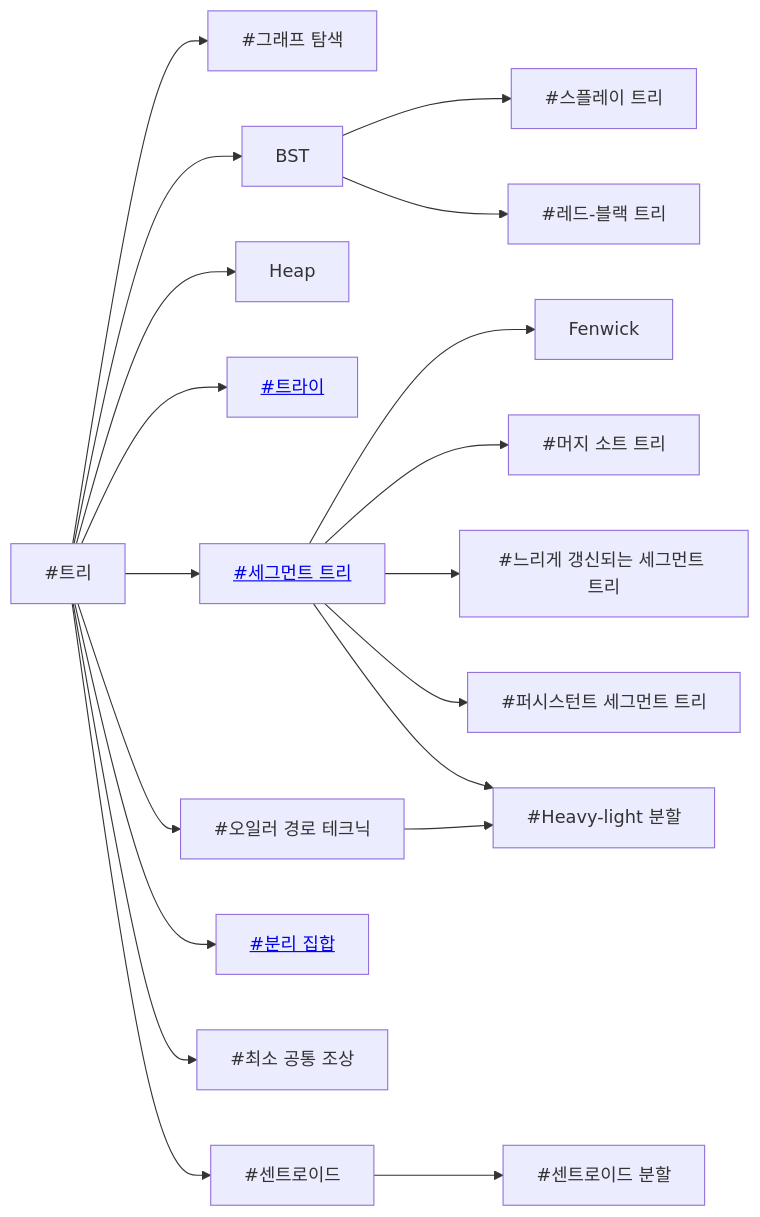
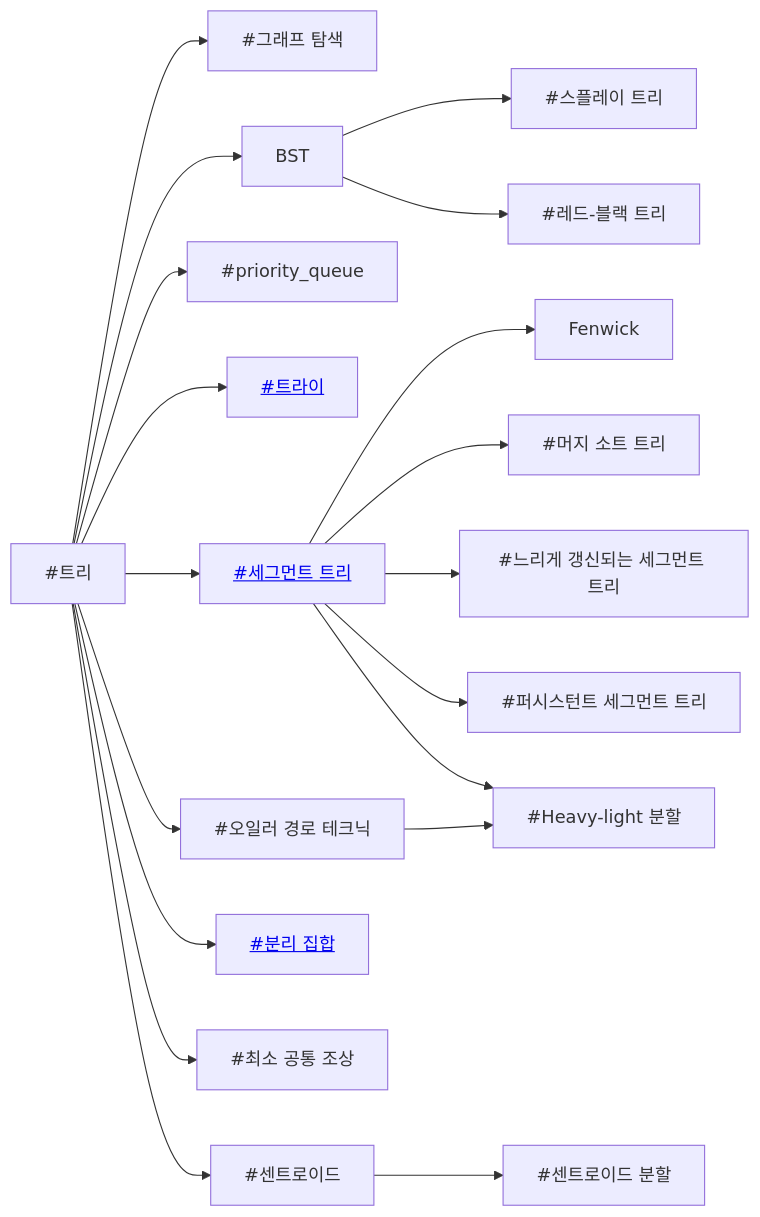
The fifth of 9 diagrams in index.md (CHOYUNSIG/algorithm_with_boj), drawn with Mermaid before and after one commit.

Commit message:
태그 연결 수정

```diff
--- a/index.md
+++ b/index.md
@@ -149,38 +149,38 @@
 <pre class="mermaid">
     graph LR
 
     #trees --> #graph_traversal
     #trees --> BST
-    #trees --> Heap
+    #trees --> #priority_queue
     #trees --> #trie
     #trees --> #segtree
     #trees --> #euler_tour_technique
     #trees --> #disjoint_set
     #trees --> #lca
     #trees --> #centroid
     #centroid --> #centroid_decomposition
     BST --> #splay_tree
     BST --> #rb_tree
     #euler_tour_technique --> #hld
     #segtree --> Fenwick
     #segtree --> #merge_sort_tree
     #segtree --> #lazyprop
     #segtree --> #pst
     #segtree --> #hld
 
     #centroid[#센트로이드]
     #centroid_decomposition[#센트로이드 분할]
     #disjoint_set[<a href="post/2024/01/13/disjoint_set.html">#분리 집합</a>]
     #euler_tour_technique[#오일러 경로 테크닉]
     #graph_traversal[#그래프 탐색]
     #hld[#Heavy-light 분할]
     #lazyprop[#느리게 갱신되는 세그먼트 트리]
     #lca[#최소 공통 조상]
     #merge_sort_tree[#머지 소트 트리]
     #pst[#퍼시스턴트 세그먼트 트리]
     #rb_tree[#레드-블랙 트리]
     #segtree[<a href="post/2024/01/11/segtree.html">#세그먼트 트리</a>]
     #splay_tree[#스플레이 트리]
     #trees[#트리]
     #trie[<a href="post/2024/01/03/trie.html">#트라이</a>]
 </pre>
```
